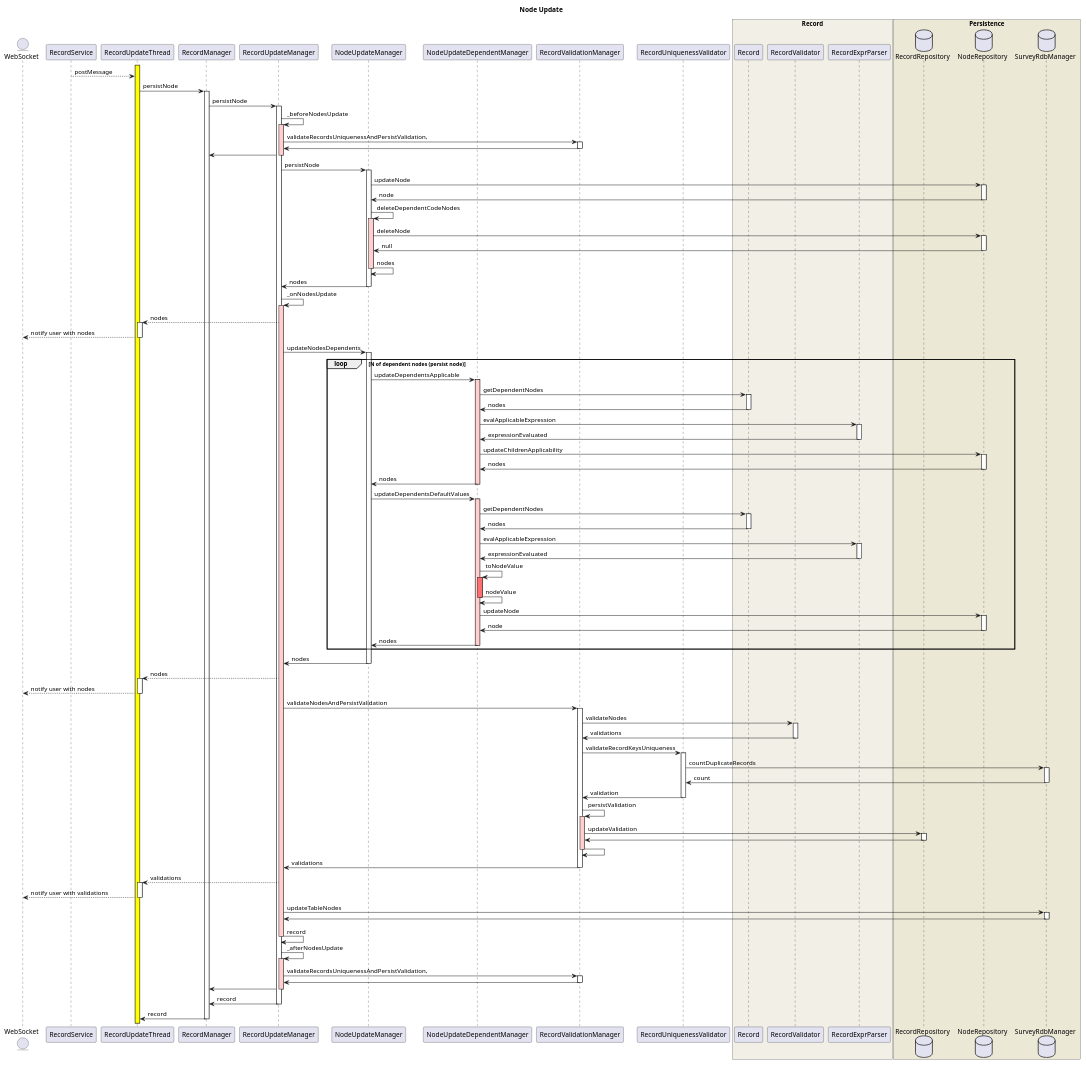
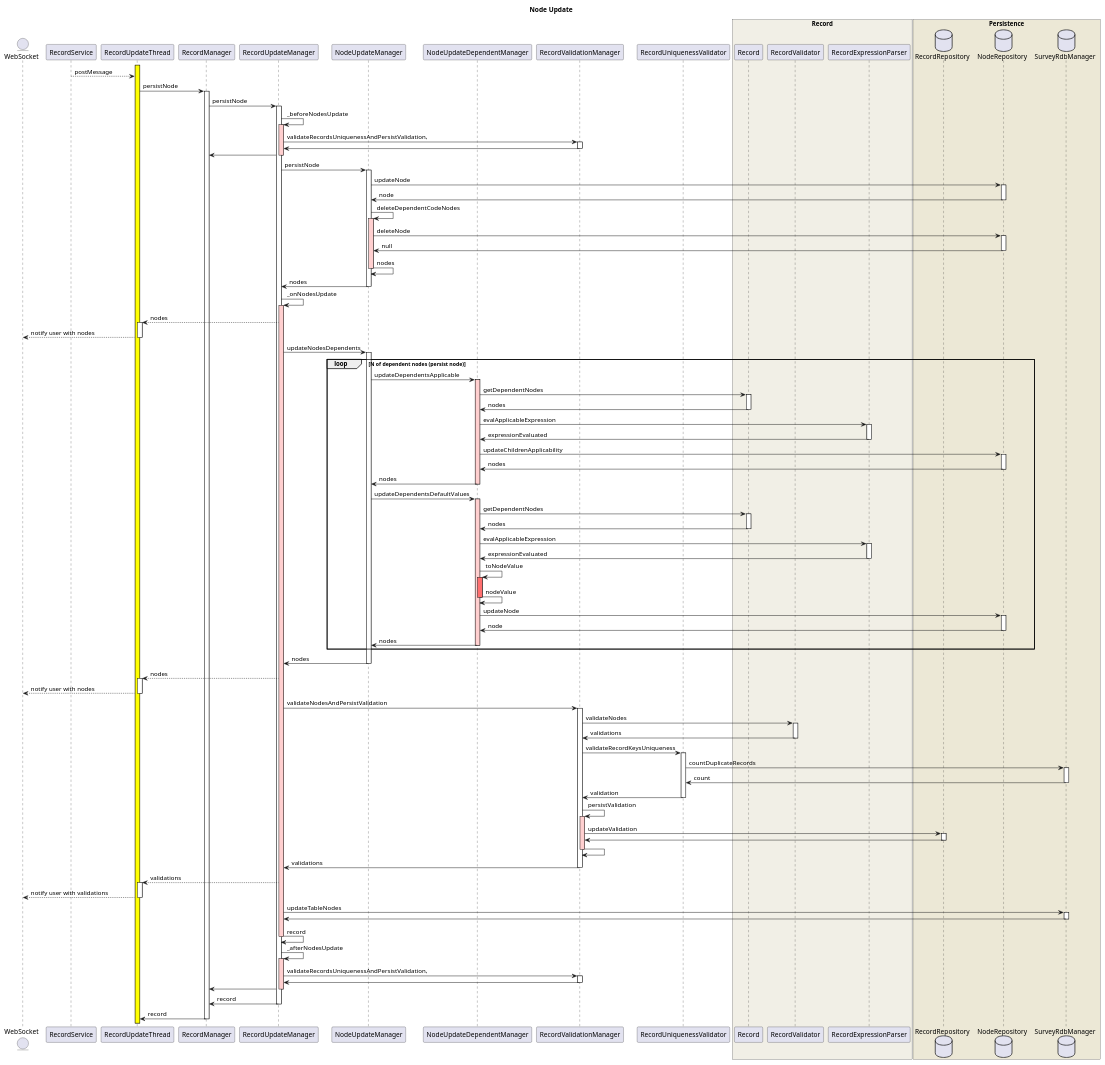
Before and after one commit to openforis/arena: the diagram in doc/uml/sequence/recordUpdateThread.puml, drawn with PlantUML. The commit also changed 6 other files, not shown here.

Commit message:
Rename RecordExpr to RecordExpression

```diff
--- a/doc/uml/sequence/recordUpdateThread.puml
+++ b/doc/uml/sequence/recordUpdateThread.puml
@@ -1,138 +1,138 @@
 @startuml
 
 ' colors:
 '   level 1 : #FFCFCF
 '   level 2 : #FF6F6F
 
 ' INIT
 title Node Update
 
 entity WebSocket
 participant RecordService
 participant RecordUpdateThread
 participant RecordManager
 participant RecordUpdateManager
 participant NodeUpdateManager
 participant NodeUpdateDependentManager
 participant RecordValidationManager
 participant RecordUniquenessValidator
 
 box "Record" #f1efe6
 participant Record
 participant RecordValidator
-participant RecordExprParser
+participant RecordExpressionParser
 end box
 
 box "Persistence" #ece8d6
 database RecordRepository
 database NodeRepository
 database SurveyRdbManager
 end box
 
 RecordUpdateThread ++  #yellow
 
 RecordService --> RecordUpdateThread : postMessage
 
 RecordUpdateThread -> RecordManager ++ : persistNode
     RecordManager -> RecordUpdateManager ++ : persistNode
         'RecordUpdateManager.persistNode
 
         'RecordUpdateManager._beforeNodesUpdate START
         RecordUpdateManager -> RecordUpdateManager ++ #FFCFCF: _beforeNodesUpdate
             RecordUpdateManager -> RecordValidationManager ++ : validateRecordsUniquenessAndPersistValidation,
                 RecordValidationManager -> RecordUpdateManager -- :
         RecordUpdateManager -> RecordManager -- :
         'RecordUpdateManager._beforeNodesUpdate END
 
         RecordUpdateManager -> NodeUpdateManager ++ : persistNode
             NodeUpdateManager -> NodeRepository ++ : updateNode
                 NodeRepository -> NodeUpdateManager -- : node
 
             NodeUpdateManager -> NodeUpdateManager ++ #FFCFCF : deleteDependentCodeNodes
                 NodeUpdateManager -> NodeRepository ++ : deleteNode
                     NodeRepository -> NodeUpdateManager -- : null
                 NodeUpdateManager -> NodeUpdateManager --: nodes
 
             NodeUpdateManager -> RecordUpdateManager -- : nodes
 
         'RecordUpdateManager._onNodesUpdate START
         RecordUpdateManager -> RecordUpdateManager ++ #FFCFCF: _onNodesUpdate
 
             RecordUpdateManager --> RecordUpdateThread ++ : nodes
                 RecordUpdateThread --> WebSocket -- : notify user with nodes
 
             RecordUpdateManager -> NodeUpdateManager ++ : updateNodesDependents
                 loop N of dependent nodes (persist node)
 
                 '1. UPDATE APPLICABILITY
                 NodeUpdateManager -> NodeUpdateDependentManager ++ #FFCFCF: updateDependentsApplicable
                     NodeUpdateDependentManager -> Record ++ : getDependentNodes
                         Record -> NodeUpdateDependentManager -- : nodes
-                    NodeUpdateDependentManager -> RecordExprParser ++ : evalApplicableExpression
-                        RecordExprParser -> NodeUpdateDependentManager -- : expressionEvaluated
+                    NodeUpdateDependentManager -> RecordExpressionParser ++ : evalApplicableExpression
+                        RecordExpressionParser -> NodeUpdateDependentManager -- : expressionEvaluated
                     NodeUpdateDependentManager -> NodeRepository ++ : updateChildrenApplicability
                         NodeRepository -> NodeUpdateDependentManager -- : nodes
                     NodeUpdateDependentManager -> NodeUpdateManager -- : nodes
 
                  '2. UPDATE DEFAULT VALUE
                  NodeUpdateManager -> NodeUpdateDependentManager ++ #FFCFCF : updateDependentsDefaultValues
                      NodeUpdateDependentManager -> Record ++ : getDependentNodes
                          Record -> NodeUpdateDependentManager -- : nodes
-                     NodeUpdateDependentManager -> RecordExprParser ++ : evalApplicableExpression
-                         RecordExprParser -> NodeUpdateDependentManager -- : expressionEvaluated
+                     NodeUpdateDependentManager -> RecordExpressionParser ++ : evalApplicableExpression
+                         RecordExpressionParser -> NodeUpdateDependentManager -- : expressionEvaluated
                      NodeUpdateDependentManager -> NodeUpdateDependentManager ++ #FF6F6F: toNodeValue
                          NodeUpdateDependentManager -> NodeUpdateDependentManager -- : nodeValue
                      NodeUpdateDependentManager -> NodeRepository ++ : updateNode
                          NodeRepository -> NodeUpdateDependentManager -- : node
                      NodeUpdateDependentManager -> NodeUpdateManager -- : nodes
 
                 end
                 NodeUpdateManager -> RecordUpdateManager -- : nodes
 
             RecordUpdateManager --> RecordUpdateThread ++ : nodes
                 RecordUpdateThread --> WebSocket -- : notify user with nodes
 
             '3. UPDATE Validation
             RecordUpdateManager -> RecordValidationManager ++ : validateNodesAndPersistValidation
 
                 '3.1 validate record nodes
                 RecordValidationManager -> RecordValidator ++ : validateNodes
                     RecordValidator -> RecordValidationManager -- : validations
 
 
                 '3.2 validate record uniqueness
                 RecordValidationManager -> RecordUniquenessValidator ++ : validateRecordKeysUniqueness
                     RecordUniquenessValidator -> SurveyRdbManager ++ : countDuplicateRecords
                         SurveyRdbManager -> RecordUniquenessValidator -- : count
                     RecordUniquenessValidator -> RecordValidationManager  -- : validation
 
 
                 '3.3 persistValidation
                 RecordValidationManager -> RecordValidationManager ++ #FFCFCF : persistValidation
                     RecordValidationManager -> RecordRepository ++ : updateValidation
                         RecordRepository -> RecordValidationManager -- :
                     RecordValidationManager -> RecordValidationManager -- :
 
                 RecordValidationManager -> RecordUpdateManager -- : validations
 
             RecordUpdateManager --> RecordUpdateThread ++ : validations
                 RecordUpdateThread --> WebSocket -- : notify user with validations
 
             RecordUpdateManager -> SurveyRdbManager ++ : updateTableNodes
                 SurveyRdbManager -> RecordUpdateManager -- :
 
         RecordUpdateManager -> RecordUpdateManager -- : record
         'RecordUpdateManager._onNodesUpdate END
 
         'RecordUpdateManager._afterNodesUpdate START
         RecordUpdateManager -> RecordUpdateManager ++ #FFCFCF: _afterNodesUpdate
             RecordUpdateManager -> RecordValidationManager ++ : validateRecordsUniquenessAndPersistValidation,
                 RecordValidationManager -> RecordUpdateManager -- :
         RecordUpdateManager -> RecordManager -- :
         'RecordUpdateManager._afterNodesUpdate END
 
     RecordUpdateManager -> RecordManager -- : record
 RecordManager -> RecordUpdateThread -- : record
 
 
 @enduml
```
